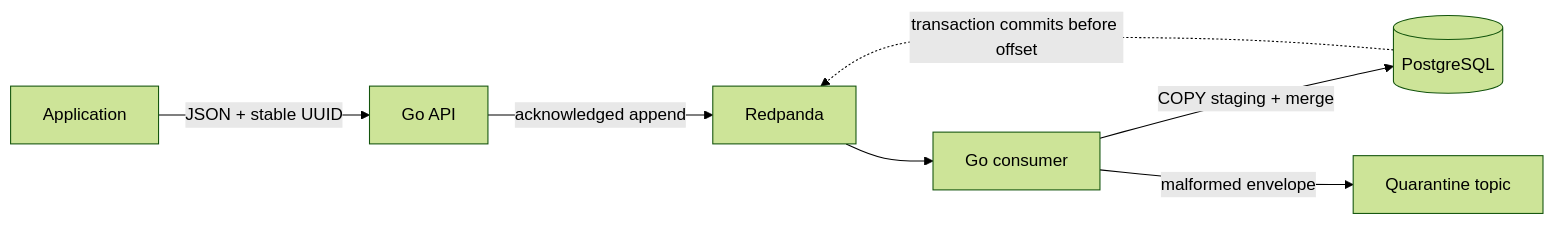
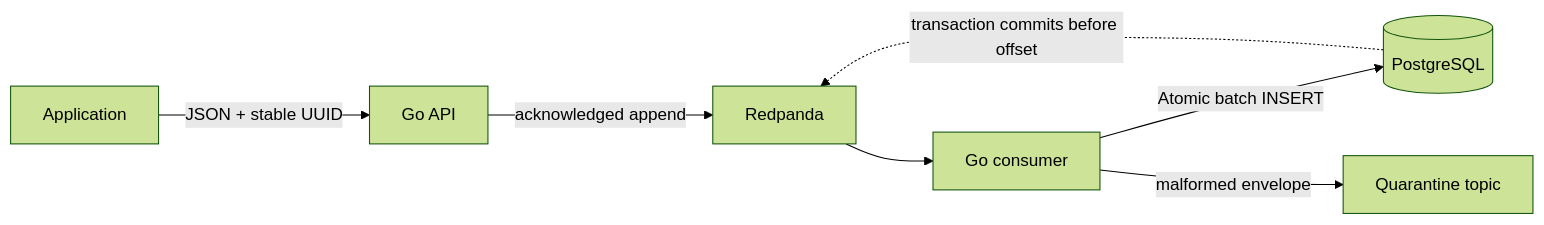
The diagram in README.md (feat7/ingestkit), drawn with Mermaid (forest theme) before and after one commit. The commit also changed 9 other files, not shown here.

Commit message:
perf: use atomic batch INSERT after the measured database comparison

```diff
--- a/README.md
+++ b/README.md
@@ -12,9 +12,9 @@
 ~~~mermaid
 flowchart LR
   A[Application] -->|JSON + stable UUID| B[Go API]
   B -->|acknowledged append| C[Redpanda]
   C --> D[Go consumer]
-  D -->|COPY staging + merge| E[(PostgreSQL)]
+  D -->|Atomic batch INSERT| E[(PostgreSQL)]
   D -->|malformed envelope| F[Quarantine topic]
   E -. transaction commits before offset .-> C
 ~~~
```
